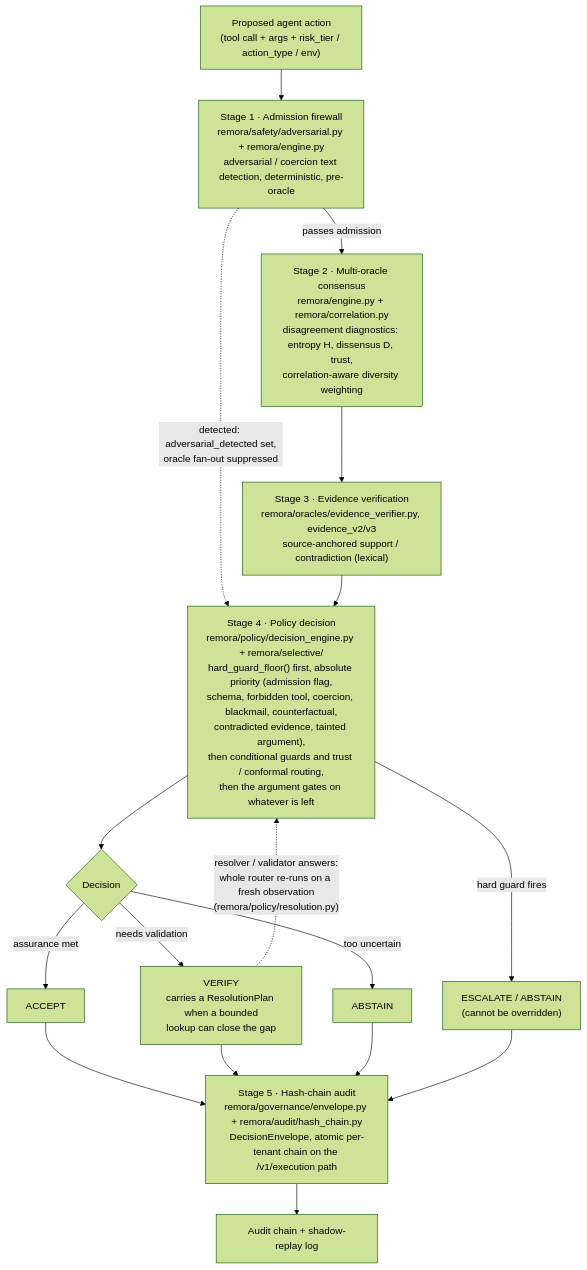
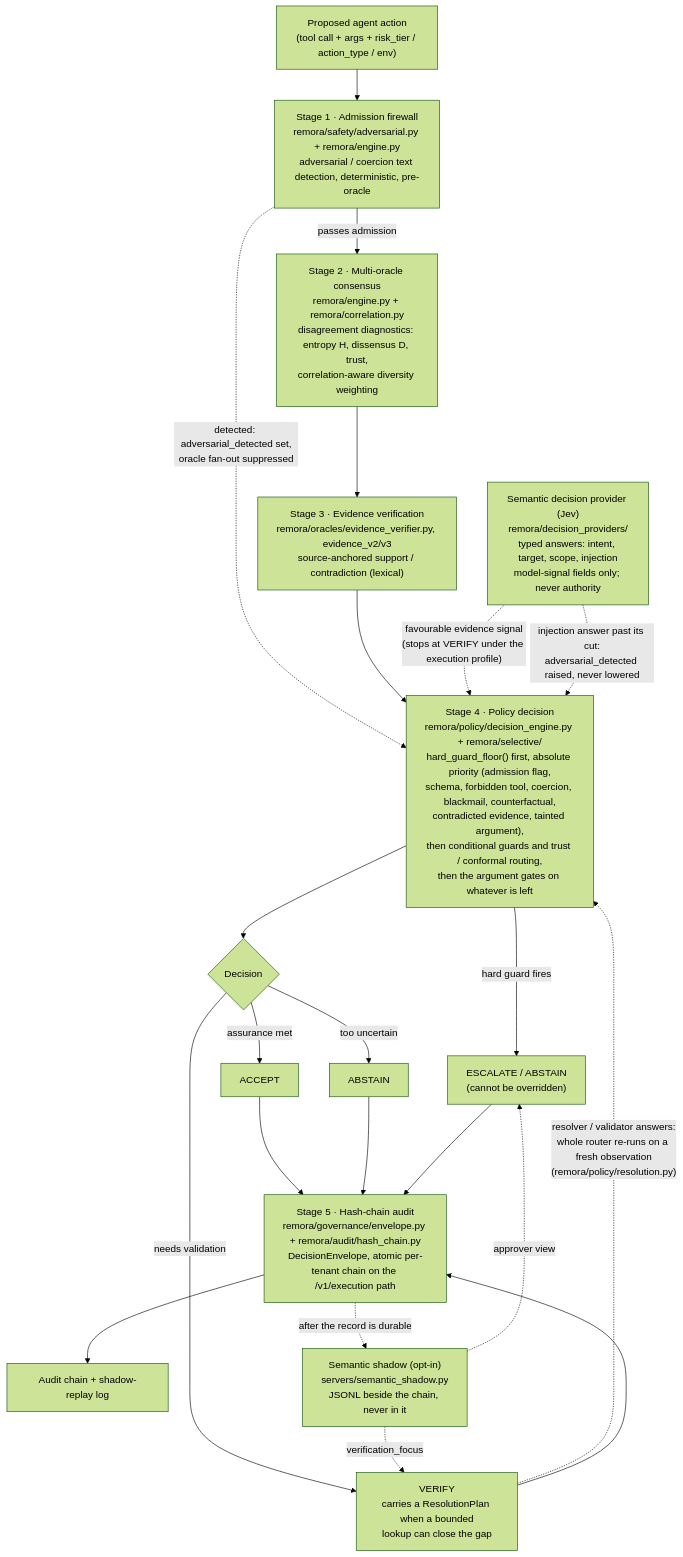
Before and after one commit to darklordVirtual/REMORA-research: the first of 3 diagrams in ARCHITECTURE.md, drawn with Mermaid (forest theme). The commit also changed other lines of this file and 13 other files, not shown here.

First line of the commit message:
docs: place Jev in the architecture, the API reference and domain packs

````diff
--- a/ARCHITECTURE.md
+++ b/ARCHITECTURE.md
@@ -77,27 +77,34 @@
 ```mermaid
 flowchart TD
     ACT["Proposed agent action<br/>(tool call + args + risk_tier / action_type / env)"] --> S1
 
     S1["Stage 1 · Admission firewall<br/>remora/safety/adversarial.py + remora/engine.py<br/>adversarial / coercion text detection, deterministic, pre-oracle"]
     S1 -.->|"detected: adversarial_detected set,<br/>oracle fan-out suppressed"| S4
     S1 -->|"passes admission"| S2
 
     S2["Stage 2 · Multi-oracle consensus<br/>remora/engine.py + remora/correlation.py<br/>disagreement diagnostics: entropy H, dissensus D, trust,<br/>correlation-aware diversity weighting"]
     S2 --> S3
 
     S3["Stage 3 · Evidence verification<br/>remora/oracles/evidence_verifier.py, evidence_v2/v3<br/>source-anchored support / contradiction (lexical)"]
     S3 --> S4
 
+    JEV["Semantic decision provider (Jev)<br/>remora/decision_providers/<br/>typed answers: intent, target, scope, injection<br/>model-signal fields only; never authority"]
+    JEV -.->|"favourable evidence signal<br/>(stops at VERIFY under the execution profile)"| S4
+    JEV -.->|"injection answer past its cut:<br/>adversarial_detected raised, never lowered"| S4
+
     S4["Stage 4 · Policy decision<br/>remora/policy/decision_engine.py + remora/selective/<br/>hard_guard_floor() first, absolute priority (admission flag,<br/>schema, forbidden tool, coercion, blackmail, counterfactual,<br/>contradicted evidence, tainted argument),<br/>then conditional guards and trust / conformal routing,<br/>then the argument gates on whatever is left"]
     S4 -->|"hard guard fires"| ESC["ESCALATE / ABSTAIN<br/>(cannot be overridden)"]
     S4 --> DEC{"Decision"}
 
     DEC -->|"assurance met"| ACCEPT["ACCEPT"]
     DEC -->|"needs validation"| VERIFY["VERIFY<br/>carries a ResolutionPlan when a bounded<br/>lookup can close the gap"]
     DEC -->|"too uncertain"| ABSTAIN["ABSTAIN"]
 
     VERIFY -.->|"resolver / validator answers:<br/>whole router re-runs on a fresh observation<br/>(remora/policy/resolution.py)"| S4
 
     ACCEPT & VERIFY & ABSTAIN & ESC --> S5["Stage 5 · Hash-chain audit<br/>remora/governance/envelope.py + remora/audit/hash_chain.py<br/>DecisionEnvelope, atomic per-tenant chain on the /v1/execution path"]
     S5 --> OUT["Audit chain + shadow-replay log"]
+    S5 -.->|"after the record is durable"| SH["Semantic shadow (opt-in)<br/>servers/semantic_shadow.py<br/>JSONL beside the chain, never in it"]
+    SH -.->|"verification_focus"| VERIFY
+    SH -.->|"approver view"| ESC
 ```
````
